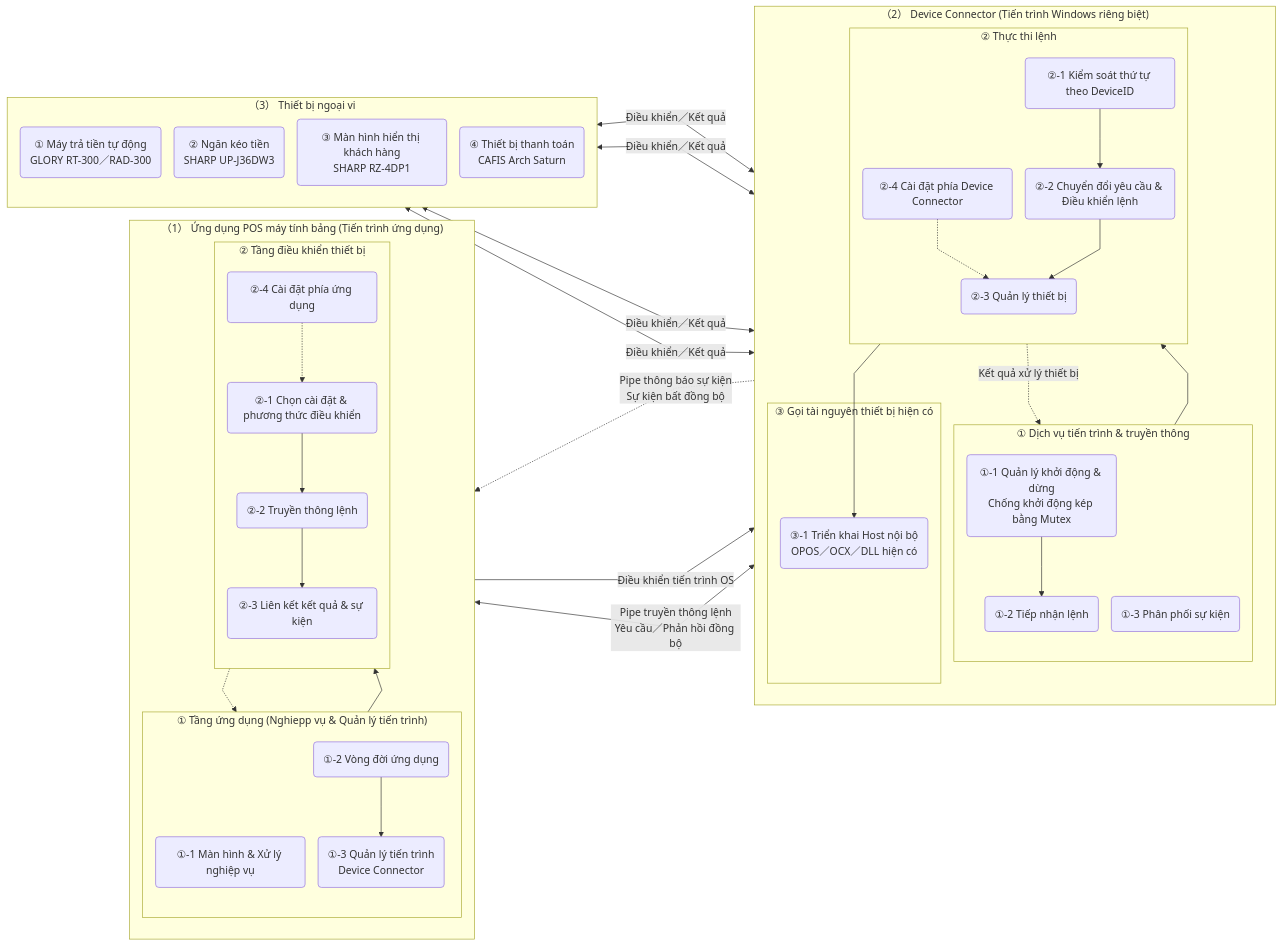
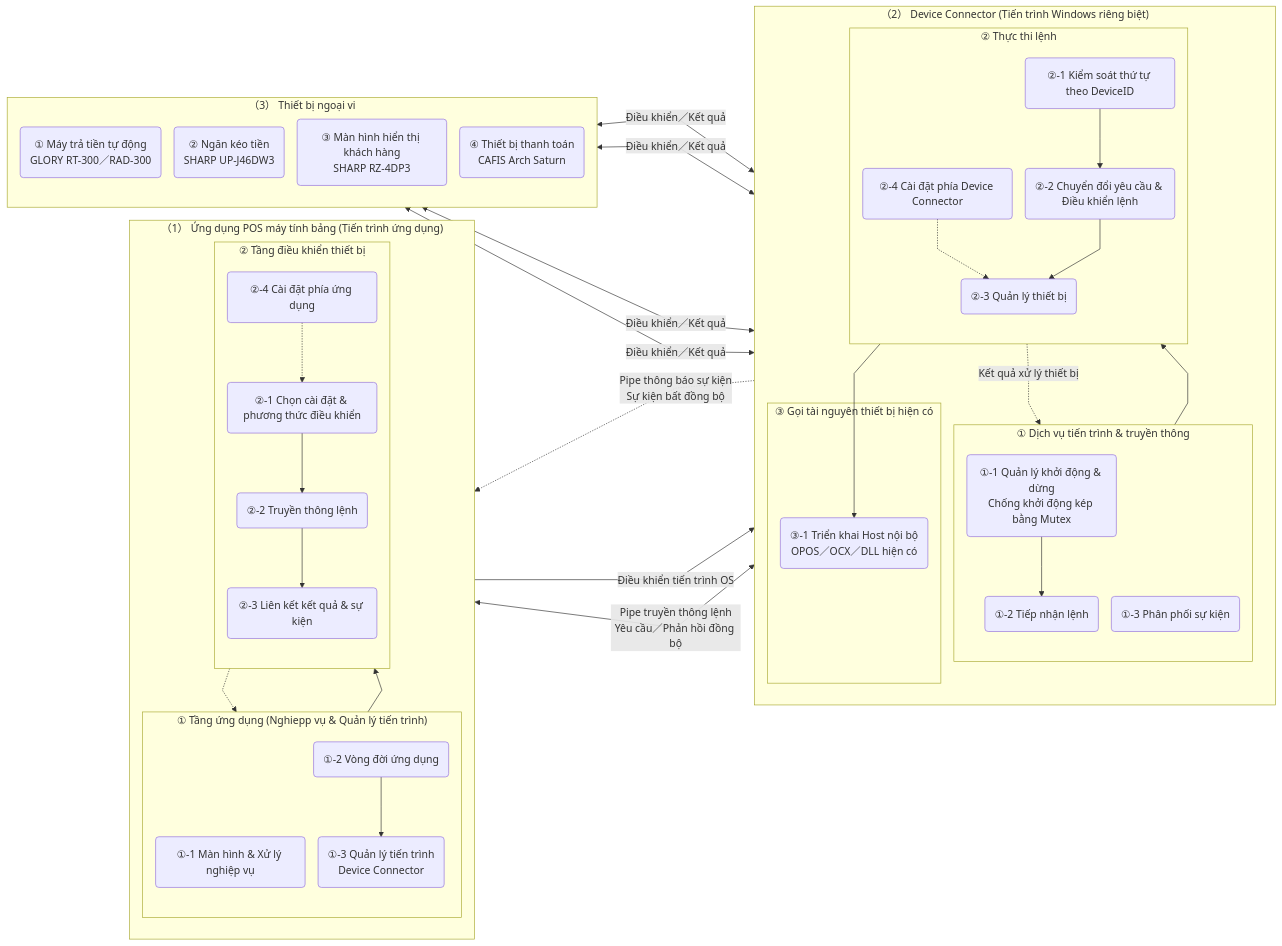
Before and after one commit to vti-sam/smj-ks-pos-stored: the second of 3 diagrams in artifacts/reports/architecture/ARCH-HOST-01_タブレットPOS_デバイスコネクタ基本設計書/ARCH-HOST-01_タブレットPOS_デバイスコネクタ基本設計書.vi.md, drawn with Mermaid. The commit also changed other lines of this file and 20 other files, not shown here.

```diff
--- a/artifacts/reports/architecture/ARCH-HOST-01_タブレットPOS_デバイスコネクタ基本設計書/ARCH-HOST-01_タブレットPOS_デバイスコネクタ基本設計書.vi.md
+++ b/artifacts/reports/architecture/ARCH-HOST-01_タブレットPOS_デバイスコネクタ基本設計書/ARCH-HOST-01_タブレットPOS_デバイスコネクタ基本設計書.vi.md
@@ -328,8 +329,8 @@
     subgraph DEVICE["（3） Thiết bị ngoại vi"]
         direction TB
         CASH("① Máy trả tiền tự động<br/>GLORY RT-300／RAD-300")
-        DRAWER("② Ngăn kéo tiền<br/>SHARP UP-J36DW3")
-        DISPLAY("③ Màn hình hiển thị khách hàng<br/>SHARP RZ-4DP1")
+        DRAWER("② Ngăn kéo tiền<br/>SHARP UP-J46DW3")
+        DISPLAY("③ Màn hình hiển thị khách hàng<br/>SHARP RZ-4DP3")
         PAYMENT("④ Thiết bị thanh toán<br/>CAFIS Arch Saturn")
     end
 
```
